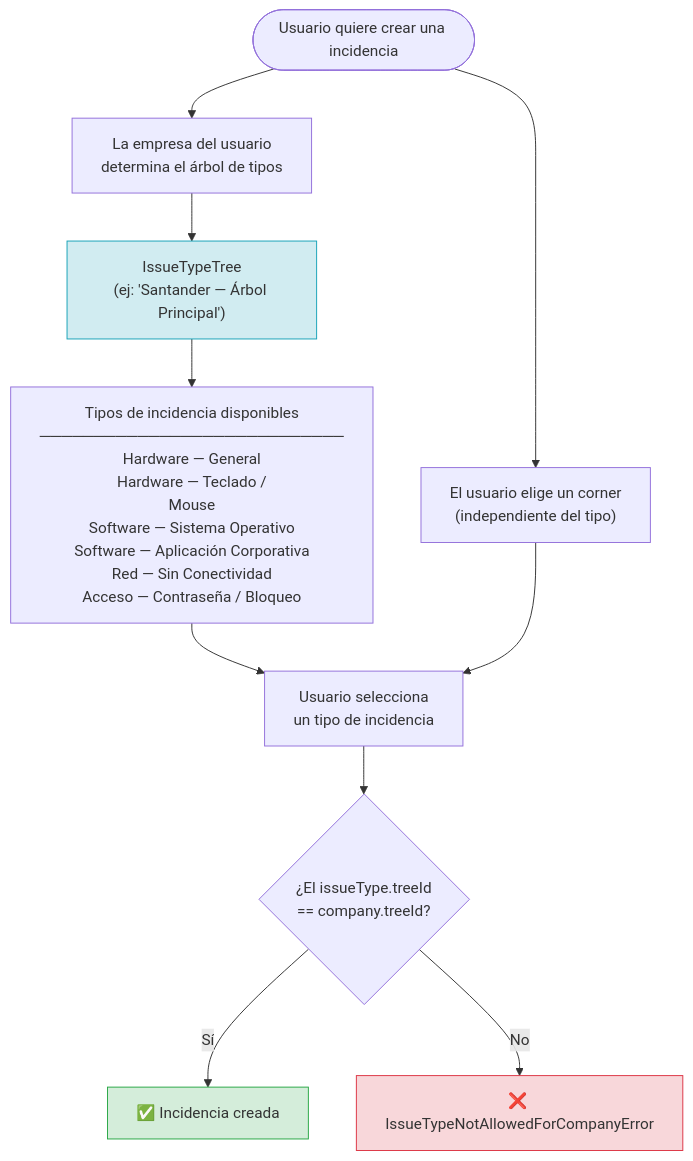
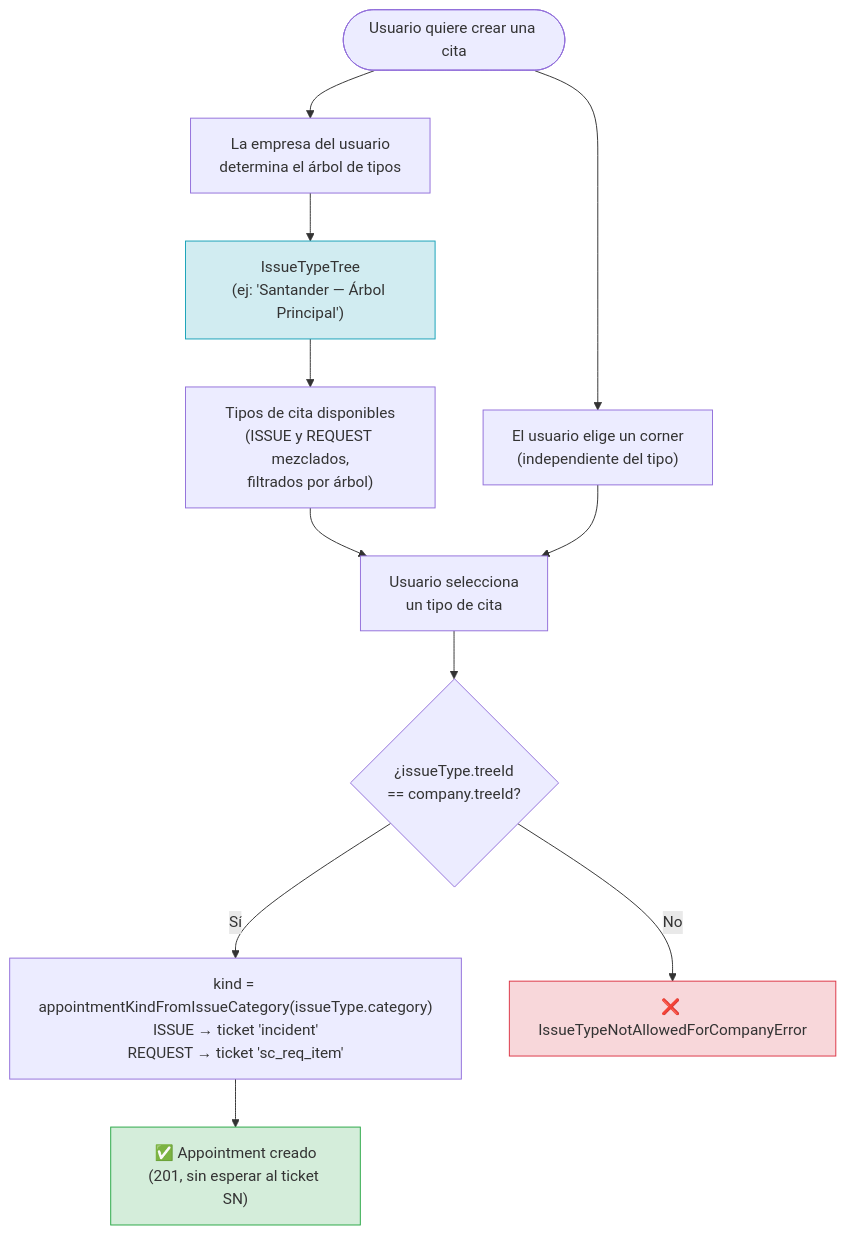
Before and after one commit to maironcuellomartinez/monorepo-service: the seventh of 7 diagrams in monolito-event-corner_v3/docs/er-diagram.md, drawn with Mermaid. The commit also changed other lines of this file and 3 other files, not shown here.

First line of the commit message:
docs(monolith): actualizar documentacion al fix de cancelacion + cierre sc_req_item, completar deuda de er-diagram.md

````diff
--- a/monolito-event-corner_v3/docs/er-diagram.md
+++ b/monolito-event-corner_v3/docs/er-diagram.md
@@ -1288,24 +1253,23 @@
-  ```mermaid
-   flowchart TD
-      USER(["Usuario quiere crear una incidencia"])
+```mermaid
+flowchart TD
+    USER(["Usuario quiere crear una cita"])
 
-      USER --> COMPANY["La empresa del usuario\ndetermina el árbol de tipos"]
+    USER --> COMPANY["La empresa del usuario\ndetermina el árbol de tipos"]
+    COMPANY --> TREE["IssueTypeTree\n(ej: 'Santander — Árbol Principal')"]
+    TREE --> TYPES["Tipos de cita disponibles\n(ISSUE y REQUEST mezclados,\nfiltrados por árbol)"]
 
-      COMPANY --> TREE["IssueTypeTree\n(ej: 'Santander — Árbol Principal')"]
+    USER --> CORNER["El usuario elige un corner\n(independiente del tipo)"]
 
-      TREE --> TYPES["Tipos de incidencia disponibles\n────────────────────────────\nHardware — General\nHardware — Teclado /
-  Mouse\nSoftware — Sistema Operativo\nSoftware — Aplicación Corporativa\nRed — Sin Conectividad\nAcceso — Contraseña / Bloqueo"]
+    TYPES --> SELECT["Usuario selecciona\nun tipo de cita"]
+    CORNER --> SELECT
 
-      USER --> CORNER["El usuario elige un corner\n(independiente del tipo)"]
+    SELECT --> VALIDATE{"¿issueType.treeId\n== company.treeId?"}
+    VALIDATE -->|"Sí"| KIND["kind = appointmentKindFromIssueCategory(issueType.category)\nISSUE → ticket 'incident'\nREQUEST → ticket 'sc_req_item'"]
+    VALIDATE -->|"No"| ERR["❌ IssueTypeNotAllowedForCompanyError"]
 
-      TYPES --> SELECT["Usuario selecciona\nun tipo de incidencia"]
-      CORNER --> SELECT
+    KIND --> OK["✅ Appointment creado\n(201, sin esperar al ticket SN)"]
 
-      SELECT --> VALIDATE{"¿El issueType.treeId\n== company.treeId?"}
-      VALIDATE -->|"Sí"| OK["✅ Incidencia creada"]
-      VALIDATE -->|"No"| ERR["❌ IssueTypeNotAllowedForCompanyError"]
-
-      style OK fill:#d4edda,stroke:#28a745
-      style ERR fill:#f8d7da,stroke:#dc3545
-      style TREE fill:#d1ecf1,stroke:#17a2b8
-  ```
+    style OK fill:#d4edda,stroke:#28a745
+    style ERR fill:#f8d7da,stroke:#dc3545
+    style TREE fill:#d1ecf1,stroke:#17a2b8
+```
````
